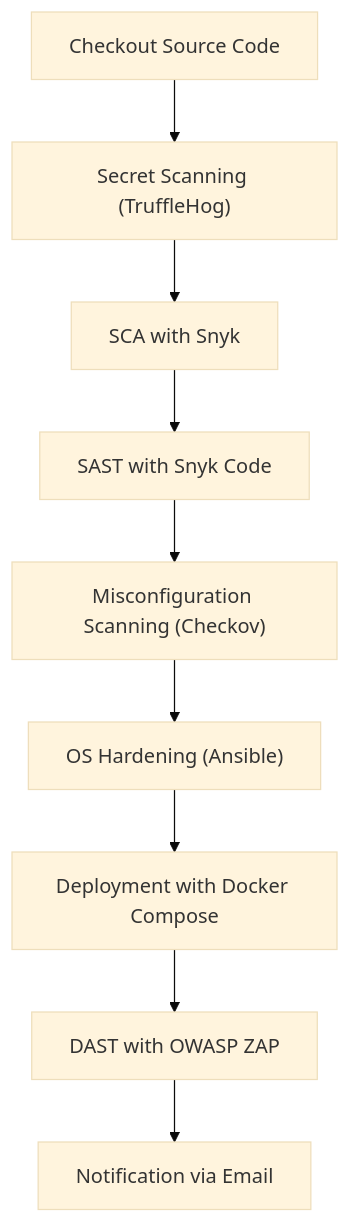
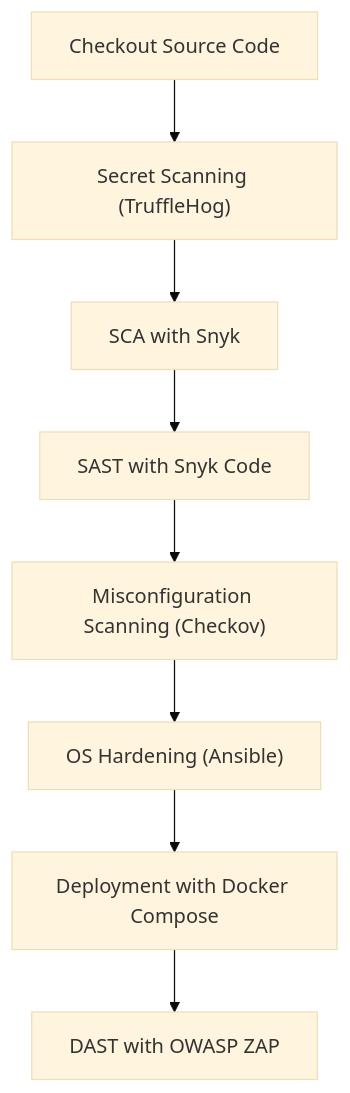
The diagram in README.md (lazuto123/vuln-bank), drawn with Mermaid (base theme) before and after one commit. The commit also changed other lines of this file, not shown here.

````diff
--- a/README.md
+++ b/README.md
@@ -12,11 +12,10 @@
 ```mermaid
 graph TD
   A["Checkout Source Code"] --> B["Secret Scanning (TruffleHog)"]
   B --> C["SCA with Snyk"]
   C --> D["SAST with Snyk Code"]
   D --> E["Misconfiguration Scanning (Checkov)"]
   E --> F["OS Hardening (Ansible)"]
   F --> G["Deployment with Docker Compose"]
   G --> H["DAST with OWASP ZAP"]
-  H --> I["Notification via Email"]
 ```
````
